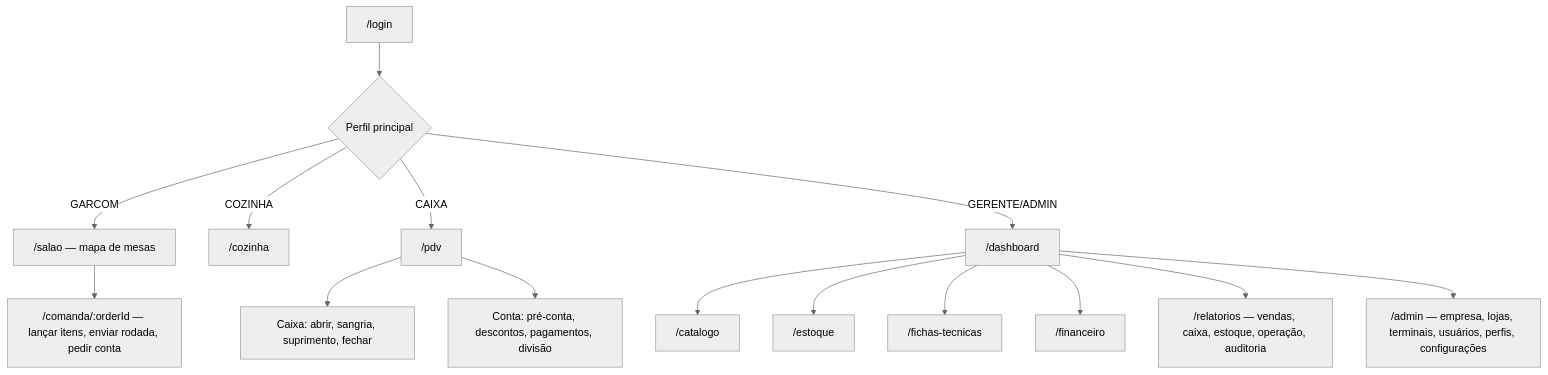
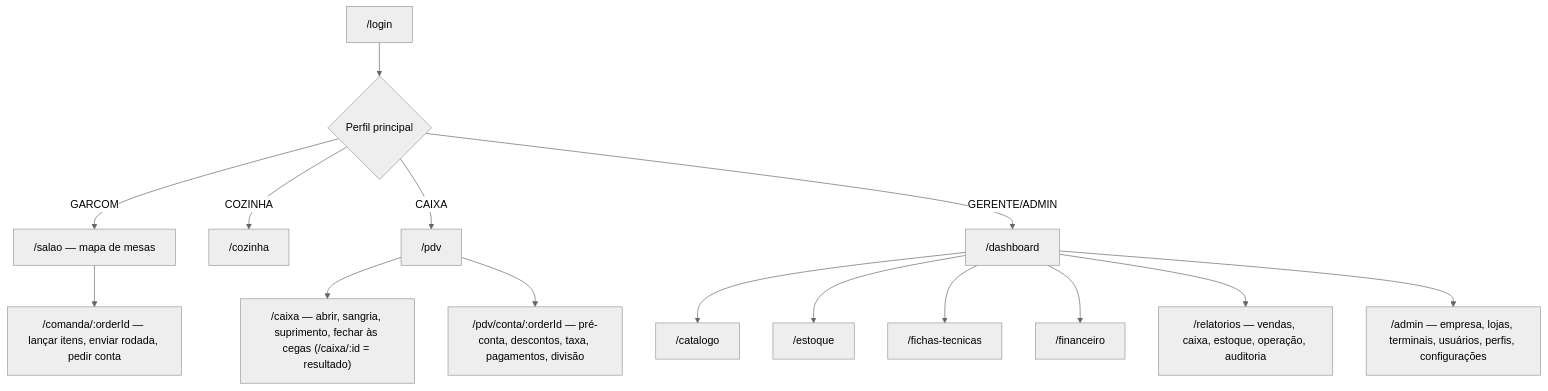
Before and after one commit to marlonerick/erp-mesa-restaurante: the diagram in maps/navigation/navegacao.md, drawn with Mermaid (neutral theme). The commit also changed other lines of this file and 78 other files, not shown here.

First line of the commit message:
feat(semana-8): etapa 8 - PDV e caixa com pagamento idempotente e fechamento cego

````diff
--- a/maps/navigation/navegacao.md
+++ b/maps/navigation/navegacao.md
@@ -22,19 +22,19 @@
 ```mermaid
 flowchart TD
   L["/login"] --> H{Perfil principal}
   H -- GARCOM --> SAL["/salao — mapa de mesas"]
   H -- COZINHA --> KDS["/cozinha"]
   H -- CAIXA --> PDV["/pdv"]
   H -- GERENTE/ADMIN --> DASH["/dashboard"]
 
   SAL --> COM["/comanda/:orderId — lançar itens, enviar rodada, pedir conta"]
-  PDV --> CXA["Caixa: abrir, sangria, suprimento, fechar"]
-  PDV --> CONTA["Conta: pré-conta, descontos, pagamentos, divisão"]
+  PDV --> CXA["/caixa — abrir, sangria, suprimento, fechar às cegas (/caixa/:id = resultado)"]
+  PDV --> CONTA["/pdv/conta/:orderId — pré-conta, descontos, taxa, pagamentos, divisão"]
 
   DASH --> CAT["/catalogo"]
   DASH --> EST["/estoque"]
   DASH --> FT["/fichas-tecnicas"]
   DASH --> FIN["/financeiro"]
   DASH --> REL["/relatorios — vendas, caixa, estoque, operação, auditoria"]
   DASH --> ADM["/admin — empresa, lojas, terminais, usuários, perfis, configurações"]
 ```
````
